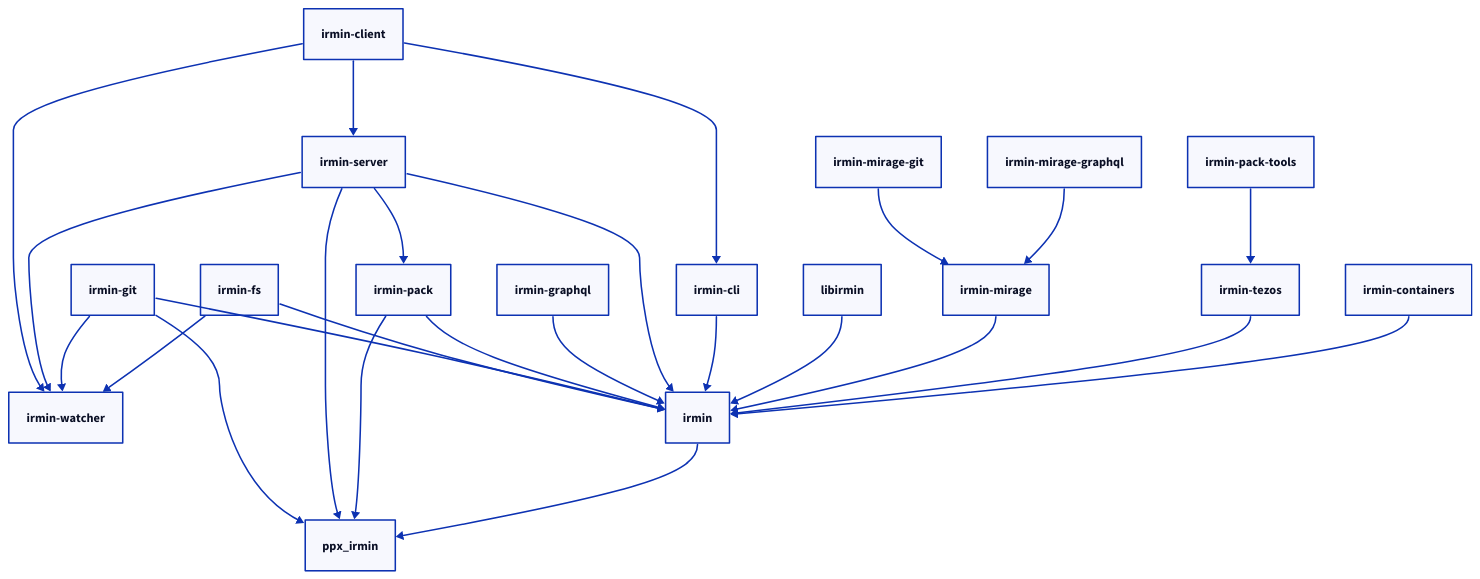
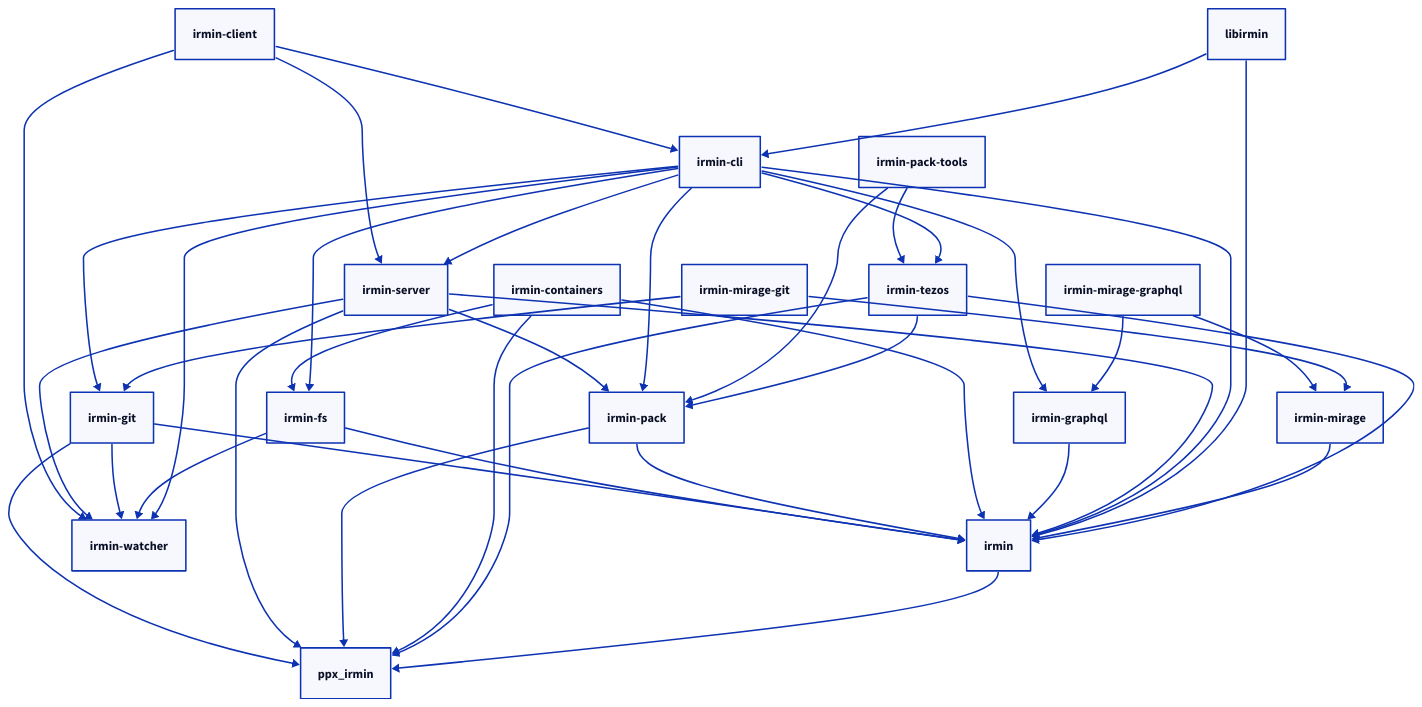
The diagram in irmin.d2 (mirage/irmin), drawn with D2 before and after one commit. The commit also changed 2 other files, not shown here.

Commit message:
Add missing dependencies

```diff
--- a/irmin.d2
+++ b/irmin.d2
@@ -1,42 +1,51 @@
 direction: down
+
+irmin-fs -> irmin
+irmin-git -> irmin
+irmin-pack -> irmin
+irmin-containers -> irmin
+irmin-graphql -> irmin
+irmin-server -> irmin
+irmin-cli -> irmin
+libirmin -> irmin
+irmin-mirage -> irmin
+irmin-tezos -> irmin
+
+irmin-git -> ppx_irmin
+irmin-server -> ppx_irmin
+irmin-pack -> ppx_irmin
+irmin-containers -> ppx_irmin
+irmin-tezos -> ppx_irmin
+irmin -> ppx_irmin
 
 irmin-client -> irmin-watcher
 irmin-server -> irmin-watcher
 irmin-git -> irmin-watcher
 irmin-fs -> irmin-watcher
+irmin-cli -> irmin-watcher
 
-# Dependencies
-irmin-git -> ppx_irmin
-irmin-server -> ppx_irmin
-irmin-pack -> ppx_irmin
+irmin-server -> irmin-pack
+irmin-cli -> irmin-pack
+irmin-pack-tools -> irmin-pack
+irmin-tezos -> irmin-pack
 
-# Core Dependencies
-irmin -> ppx_irmin
+irmin-containers -> irmin-fs
+irmin-cli -> irmin-fs
 
+irmin-cli -> irmin-git
+irmin-mirage-git -> irmin-git
 
+irmin-cli -> irmin-graphql
+irmin-mirage-graphql -> irmin-graphql
 
-# Backend Dependencies
-irmin-fs -> irmin
-irmin-git -> irmin
-irmin-pack -> irmin
+irmin-mirage-graphql -> irmin-mirage
+irmin-mirage-git -> irmin-mirage
 
-# Networking Dependencies
-irmin-graphql -> irmin
-irmin-server -> irmin
-irmin-server -> irmin-pack
 irmin-client -> irmin-server
+irmin-cli -> irmin-server
+
 irmin-client -> irmin-cli
+libirmin -> irmin-cli
 
-# Tooling Dependencies
-irmin-cli -> irmin; irmin-git; irmin-fs; irmin-pack; irmin-graphql; irmin-tezos; irmin-server; irmin-watcher
-libirmin -> irmin; irmin-cli
-irmin-pack-tools -> irmin-tezos; irmin-pack
-
-# Mirage Dependencies
-irmin-mirage -> irmin
-irmin-mirage-git -> irmin-mirage; irmin-git
-irmin-mirage-graphql -> irmin-mirage; irmin-graphql
-
-# Specialized Dependencies
-irmin-tezos -> irmin; irmin-pack; ppx_irmin
-irmin-containers -> irmin; irmin-fs; ppx_irmin
+irmin-pack-tools -> irmin-tezos
+irmin-cli -> irmin-tezos
```
